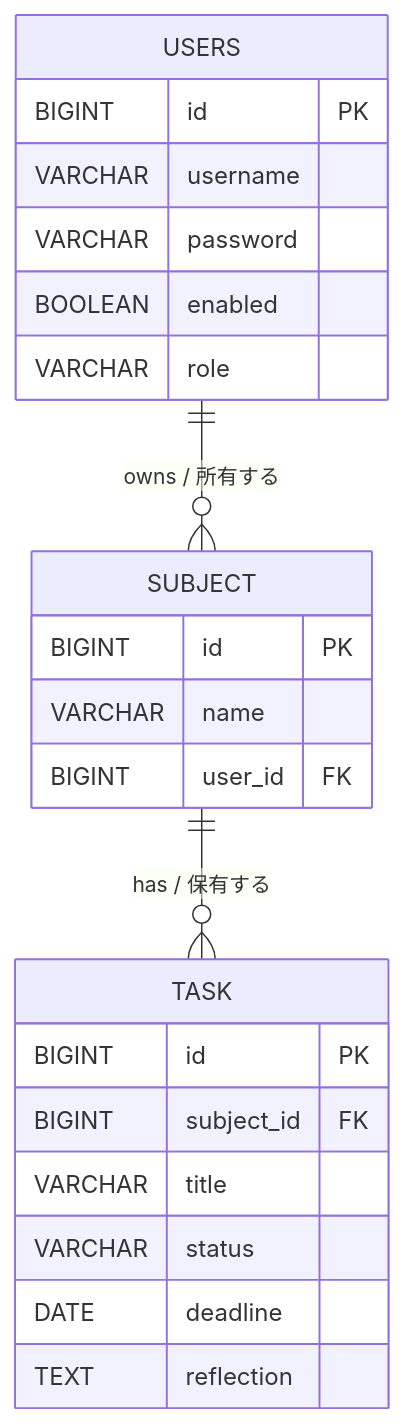
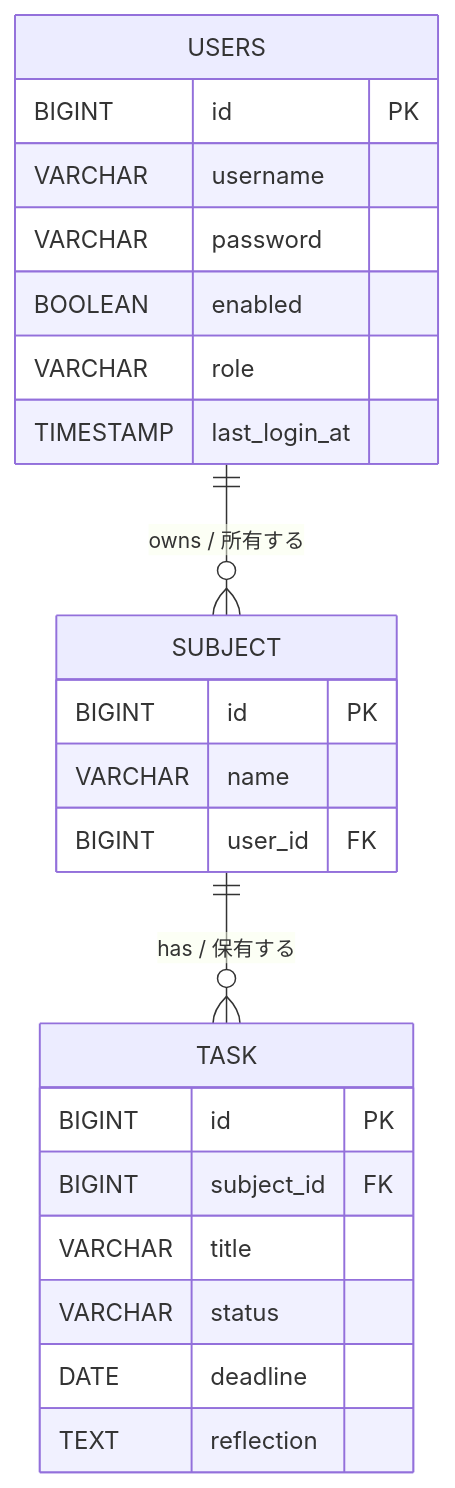
Before and after one commit to taidonn1216/java-study-tracker: the diagram in README.md, drawn with Mermaid. The commit also changed other lines of this file and 2 other files, not shown here.

````diff
--- a/README.md
+++ b/README.md
@@ -273,27 +276,28 @@
 ```mermaid
 erDiagram
      USERS {
         BIGINT id PK 
         VARCHAR username 
         VARCHAR password 
         BOOLEAN enabled 
         VARCHAR role
+        TIMESTAMP last_login_at
     }
 
     SUBJECT {
         BIGINT id PK 
         VARCHAR name 
         BIGINT user_id FK 
     }
 
     TASK {
         BIGINT id PK 
         BIGINT subject_id FK 
         VARCHAR title  
         VARCHAR status 
         DATE deadline 
         TEXT reflection 
     }
     USERS ||--o{ SUBJECT : "owns / 所有する"
     SUBJECT ||--o{ TASK : "has / 保有する"
 ```
````
